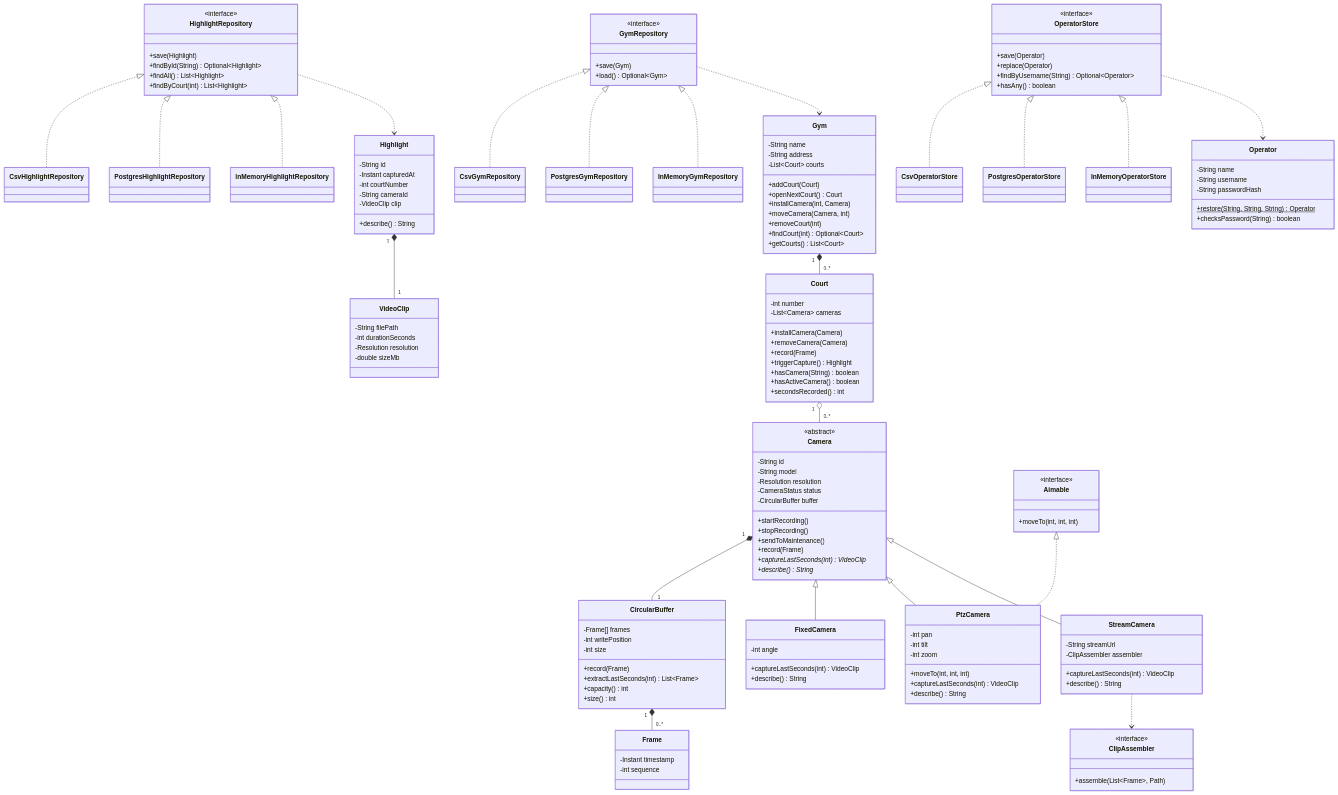
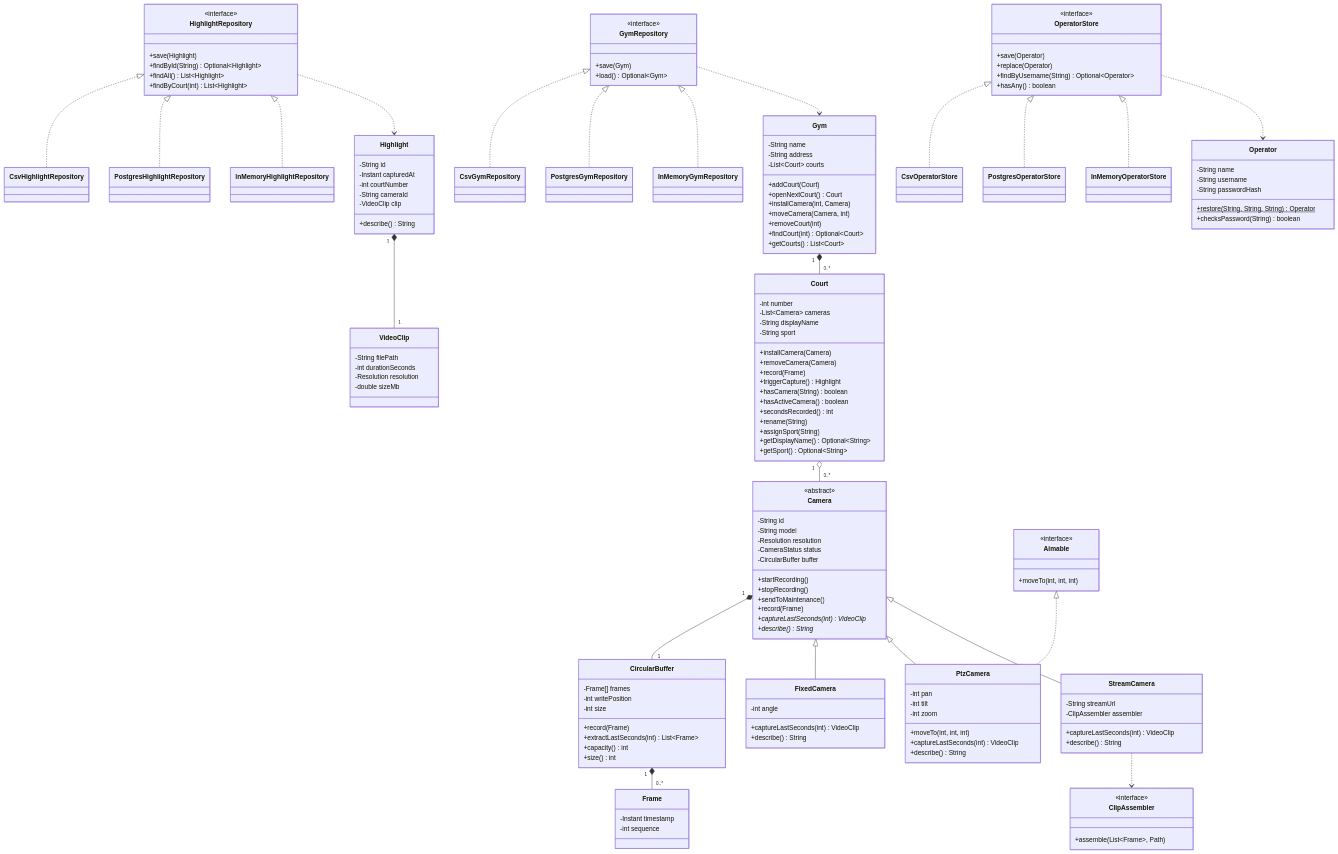
Before and after one commit to lorenzoficher/VarZinho: the diagram in docs/DOMAIN-MODEL.md, drawn with Mermaid. The commit also changed other lines of this file and 6 other files, not shown here.

Commit message:
document that a court keeps its display name and sport across restarts (#240)

```diff
--- a/docs/DOMAIN-MODEL.md
+++ b/docs/DOMAIN-MODEL.md
@@ -23,6 +23,8 @@
     class Court {
         -int number
         -List~Camera~ cameras
+        -String displayName
+        -String sport
         +installCamera(Camera)
         +removeCamera(Camera)
         +record(Frame)
@@ -30,6 +32,10 @@
         +hasCamera(String) boolean
         +hasActiveCamera() boolean
         +secondsRecorded() int
+        +rename(String)
+        +assignSport(String)
+        +getDisplayName() Optional~String~
+        +getSport() Optional~String~
     }
 
     class Camera {
```
